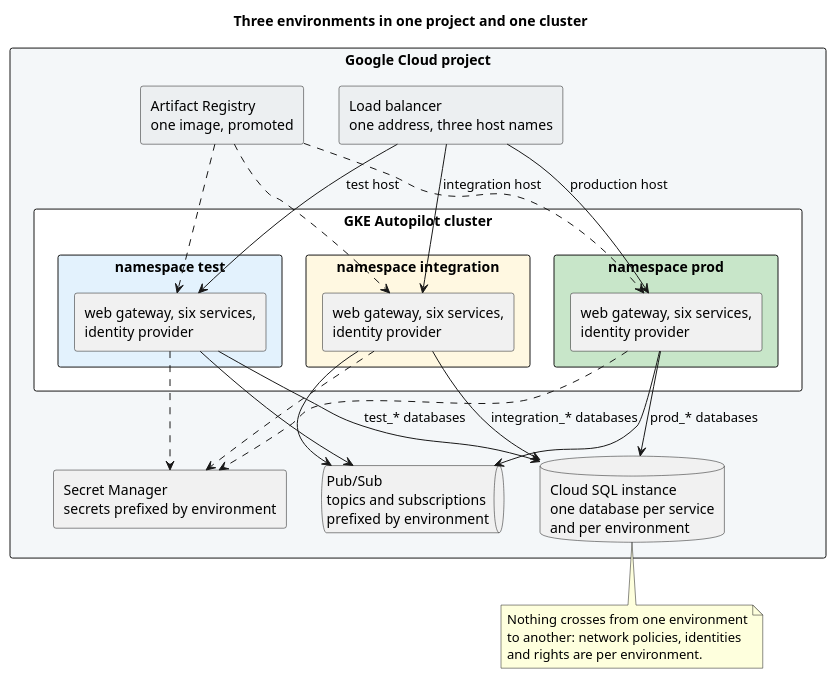
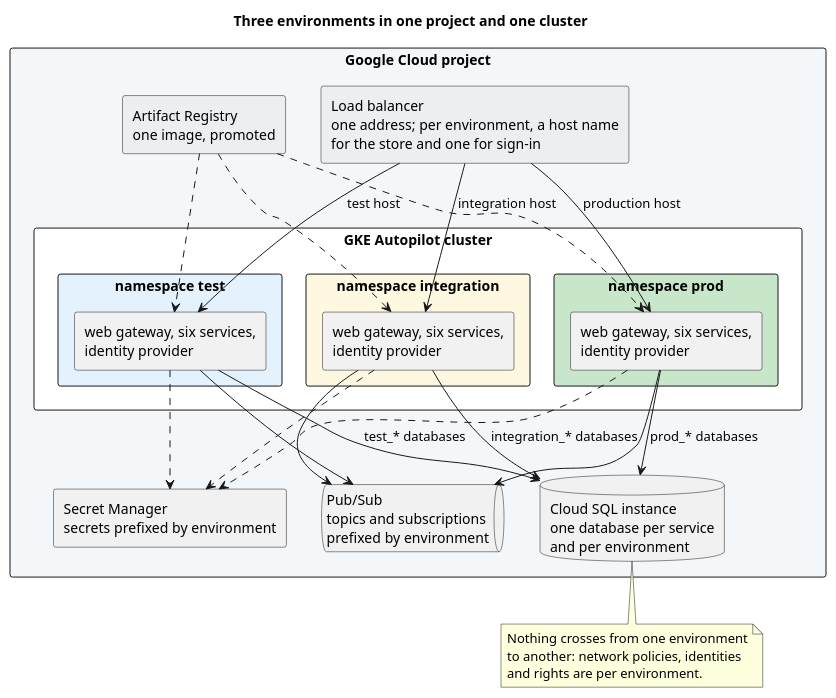
One commit to AxeloLabs/alten-commerce-platform changed the diagram in doc/2-spec/06-platform-operations/diagrams/environments.puml. Above: the diagram before and after it, drawn with PlantUML. The commit also changed 13 other files, not shown here.

```diff
--- a/doc/2-spec/06-platform-operations/diagrams/environments.puml
+++ b/doc/2-spec/06-platform-operations/diagrams/environments.puml
@@ -1,49 +1,49 @@
 @startuml
 title Three environments in one project and one cluster
 
 skinparam componentStyle rectangle
 skinparam packageStyle rectangle
 
 package "Google Cloud project" #F4F7F9 {
-  component "Load balancer\none address, three host names" as LB #ECEFF1
+  component "Load balancer\none address; per environment, a host name\nfor the store and one for sign-in" as LB #ECEFF1
 
   package "GKE Autopilot cluster" #FFFFFF {
     package "namespace test" #E3F2FD {
       component "web gateway, six services,\nidentity provider" as T
     }
     package "namespace integration" #FFF8E1 {
       component "web gateway, six services,\nidentity provider" as I
     }
     package "namespace prod" #C8E6C9 {
       component "web gateway, six services,\nidentity provider" as P
     }
   }
 
   database "Cloud SQL instance\none database per service\nand per environment" as SQL
   queue "Pub/Sub\ntopics and subscriptions\nprefixed by environment" as PS
   component "Secret Manager\nsecrets prefixed by environment" as SEC
   component "Artifact Registry\none image, promoted" as AR #ECEFF1
 }
 
 LB --> T : test host
 LB --> I : integration host
 LB --> P : production host
 T --> SQL : test_* databases
 I --> SQL : integration_* databases
 P --> SQL : prod_* databases
 T --> PS
 I --> PS
 P --> PS
 T ..> SEC
 I ..> SEC
 P ..> SEC
 AR ..> T
 AR ..> I
 AR ..> P
 
 note bottom of SQL
   Nothing crosses from one environment
   to another: network policies, identities
   and rights are per environment.
 end note
 @enduml
```
